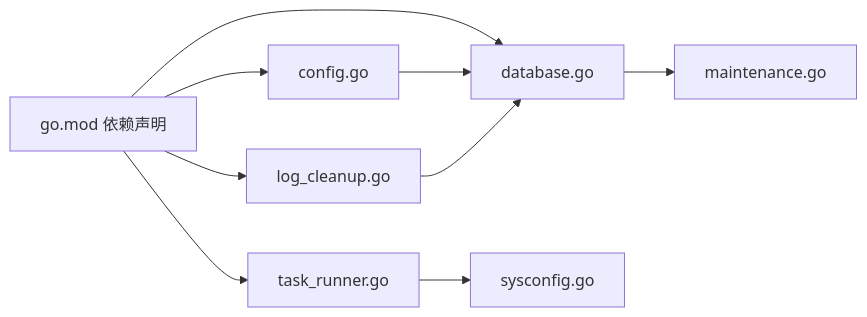
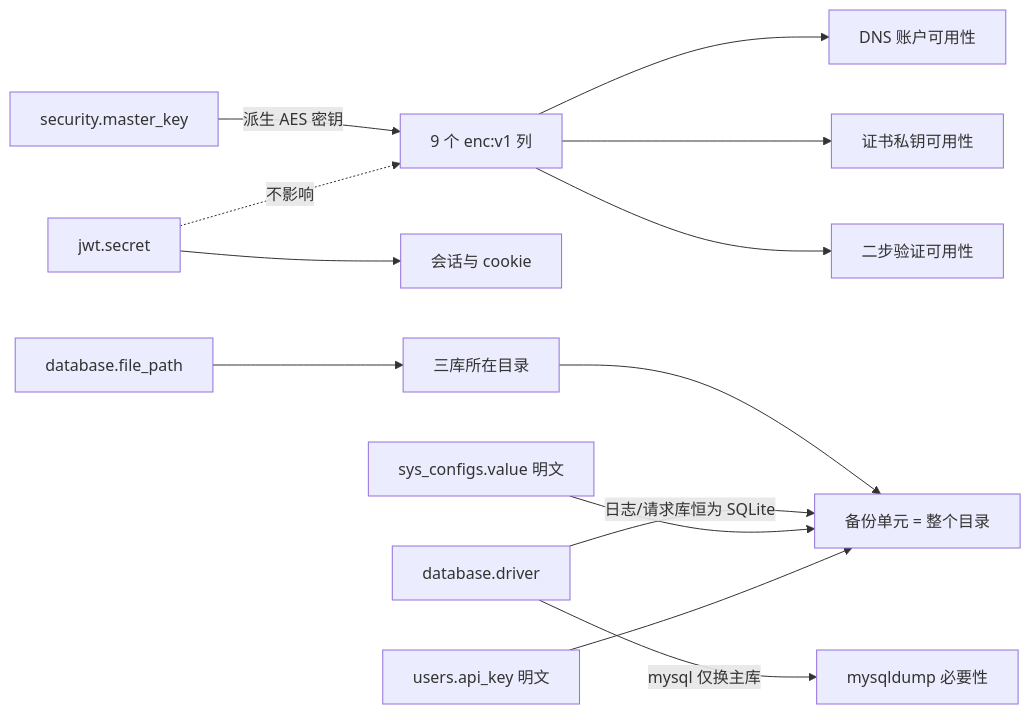
The third of 3 diagrams in docs/部署运维/备份恢复策略.md (x01n/dnsplane), drawn with Mermaid before and after one commit. The commit also changed other lines of this file and 326 other files, not shown here.

````diff
--- a/docs/部署运维/备份恢复策略.md
+++ b/docs/部署运维/备份恢复策略.md
@@ -275,18 +534,15 @@
 ```mermaid
 graph LR
-GO_MOD["go.mod 依赖声明"]
-CFG["config.go"]
-DB["database.go"]
-MAINT["maintenance.go"]
-SRV["task_runner.go"]
-LOGCLEAN["log_cleanup.go"]
-SYS["sysconfig.go"]
-GO_MOD --> CFG
-GO_MOD --> DB
-GO_MOD --> SRV
-GO_MOD --> LOGCLEAN
-CFG --> DB
-DB --> MAINT
-SRV --> SYS
-LOGCLEAN --> DB
+  MK["security.master_key"] -->|派生 AES 密钥| COL["9 个 enc:v1 列"]
+  COL --> ACC["DNS 账户可用性"]
+  COL --> CERT["证书私钥可用性"]
+  COL --> TOTP["二步验证可用性"]
+  JS["jwt.secret"] --> SES["会话与 cookie"]
+  JS -.->|不影响| COL
+  FP["database.file_path"] --> DIR["三库所在目录"]
+  DIR --> SNAP["备份单元 = 整个目录"]
+  DRV["database.driver"] -->|mysql 仅换主库| MYSQL["mysqldump 必要性"]
+  DRV -->|日志/请求库恒为 SQLite| SNAP
+  SYSV["sys_configs.value 明文"] --> SNAP
+  APIK["users.api_key 明文"] --> SNAP
 ```
````
